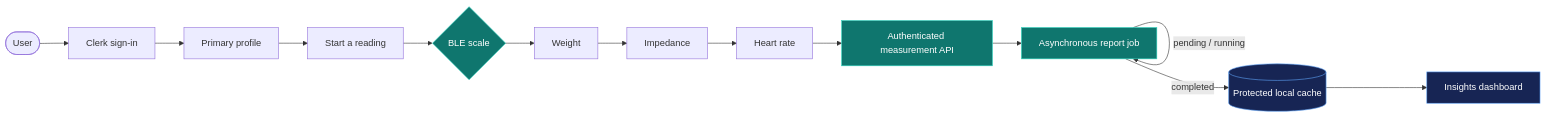
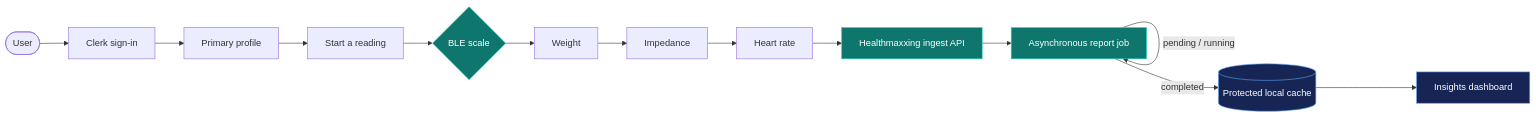
The first of 4 diagrams in ios/README.md (aneeshpatne/healthmaxxing), drawn with Mermaid before and after one commit. The commit also changed other lines of this file, not shown here.

Commit message:
Document Healthmaxxing backend in iOS README

````diff
--- a/ios/README.md
+++ b/ios/README.md
@@ -43,20 +44,20 @@
 ```mermaid
 flowchart LR
     U([User]) --> A[Clerk sign-in]
     A --> P[Primary profile]
     P --> R[Start a reading]
     R --> B{BLE scale}
     B --> W[Weight]
     W --> I[Impedance]
     I --> H[Heart rate]
-    H --> API[Authenticated measurement API]
+    H --> API[Healthmaxxing ingest API]
     API --> J[Asynchronous report job]
     J -->|pending / running| J
     J -->|completed| C[(Protected local cache)]
     C --> D[Insights dashboard]
 
     classDef accent fill:#0f766e,color:#fff,stroke:#2dd4bf;
     classDef data fill:#172554,color:#fff,stroke:#60a5fa;
     class B,API,J accent;
     class C,D data;
 ```
````
